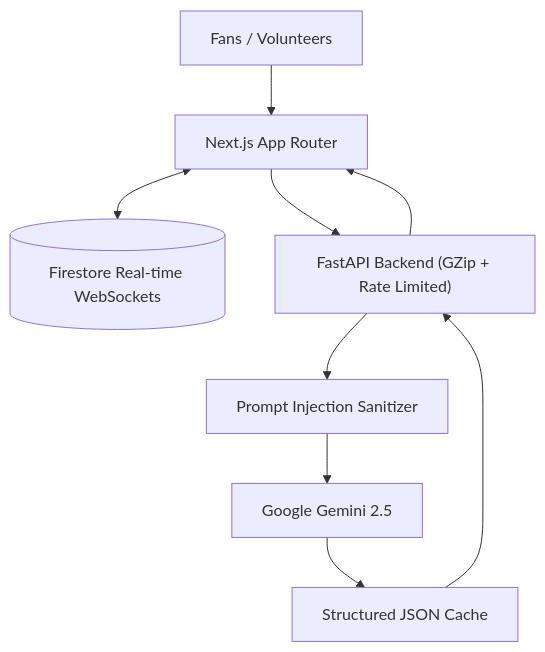
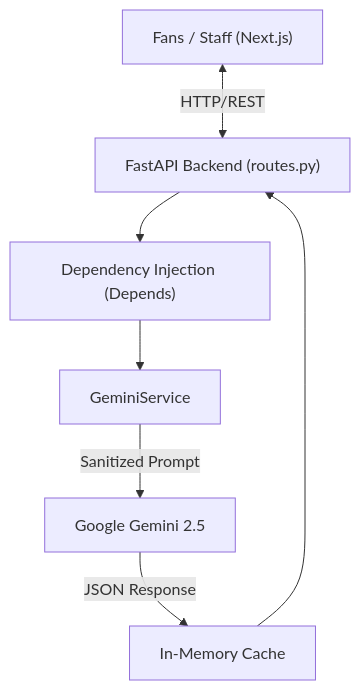
The diagram in README.md (Prabhum21/StadiumIQ), drawn with Mermaid before and after one commit. The commit also changed other lines of this file and 20 other files, not shown here.

````diff
--- a/README.md
+++ b/README.md
@@ -122,11 +35,9 @@
 ```mermaid
 flowchart TD
-    Users["Fans / Volunteers"] --> NextJS["Next.js App Router"]
-    NextJS <--> Firestore[("Firestore Real-time WebSockets")]
-    NextJS --> FastAPI["FastAPI Backend (GZip + Rate Limited)"]
-    FastAPI --> Sanitizer["Prompt Injection Sanitizer"]
-    Sanitizer --> Gemini["Google Gemini 2.5"]
-    Gemini --> JSON["Structured JSON Cache"]
-    JSON --> FastAPI
-    FastAPI --> NextJS
+    Users["Fans / Staff (Next.js)"] <--> |HTTP/REST| API["FastAPI Backend (routes.py)"]
+    API --> Inject["Dependency Injection (Depends)"]
+    Inject --> GeminiService["GeminiService"]
+    GeminiService --> |Sanitized Prompt| LLM["Google Gemini 2.5"]
+    LLM --> |JSON Response| Cache["In-Memory Cache"]
+    Cache --> API
 ```
````
